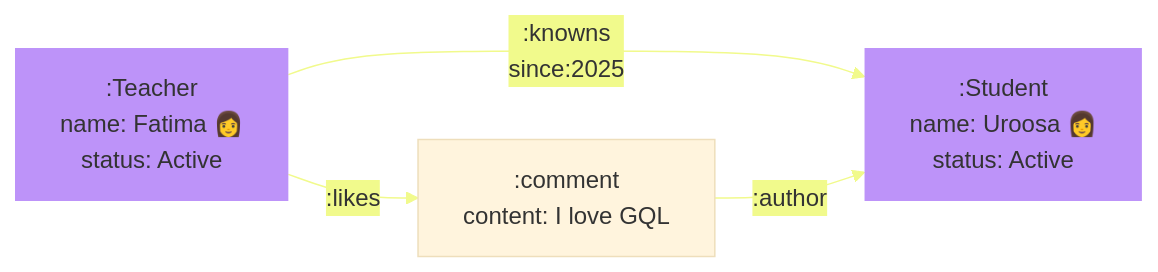
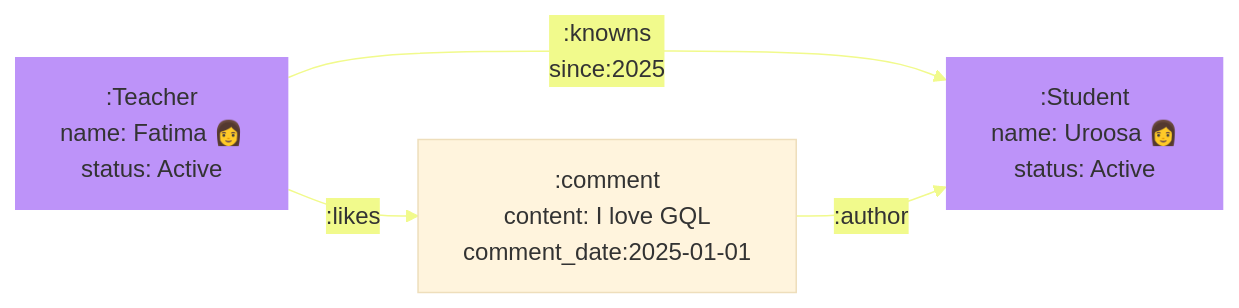
Before and after one commit to saqib-ali/docs: the diagram in snippets/student-teacher.mdx, drawn with Mermaid.

Commit message:
Documentation edits made through Mintlify web editor

````diff
--- a/snippets/student-teacher.mdx
+++ b/snippets/student-teacher.mdx
@@ -1,19 +1,19 @@
 ```mermaid
 %%{init: {'theme':'base', 'themeVariables': {'lineColor':'#F1FA8C','secondaryColor':'#F1FA8C','background':'#282A36'}}}%%
 graph LR
     fatima[:Teacher <br/>name: Fatima 👩<br/>status: Active]
     uroosa[:Student <br/>name: Uroosa 👩<br/>status: Active]
 
-    comment_1[:comment<br/>content: I love GQL<br/>]
+    comment_1[:comment<br/>content: I love GQL<br/>comment_date:2025-01-01<br/>]
 
     fatima -->|:knowns<br/>since:2025| uroosa
     fatima -->|:likes| comment_1
     comment_1 -->|:author| uroosa
 
     classDef nodes fill:#BD93F9,stroke-width:0px
     class eva,fatima,angela,uroosa,eleni,scott nodes
 	
 
     classDef subgraphStyle fill:#282A36, stroke-width:0px
     class row1,row2,row3 subgraphStyle
   ```
````
